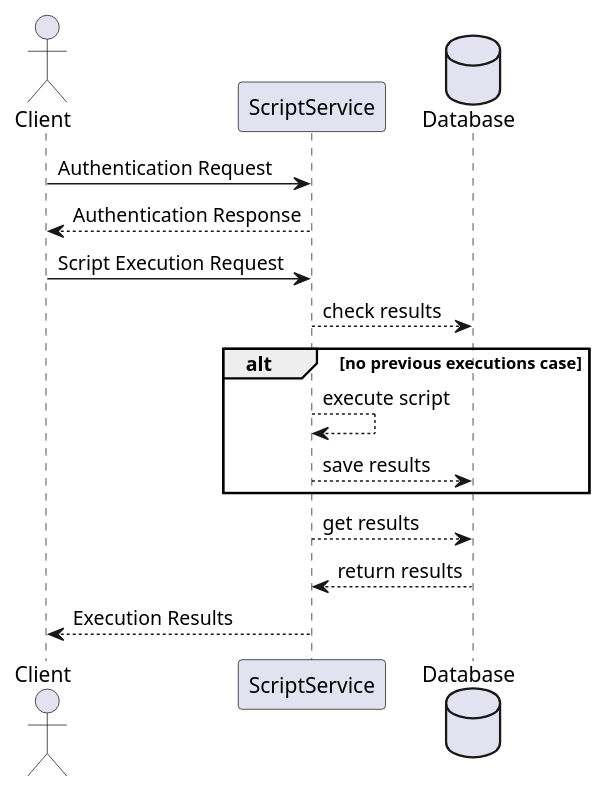
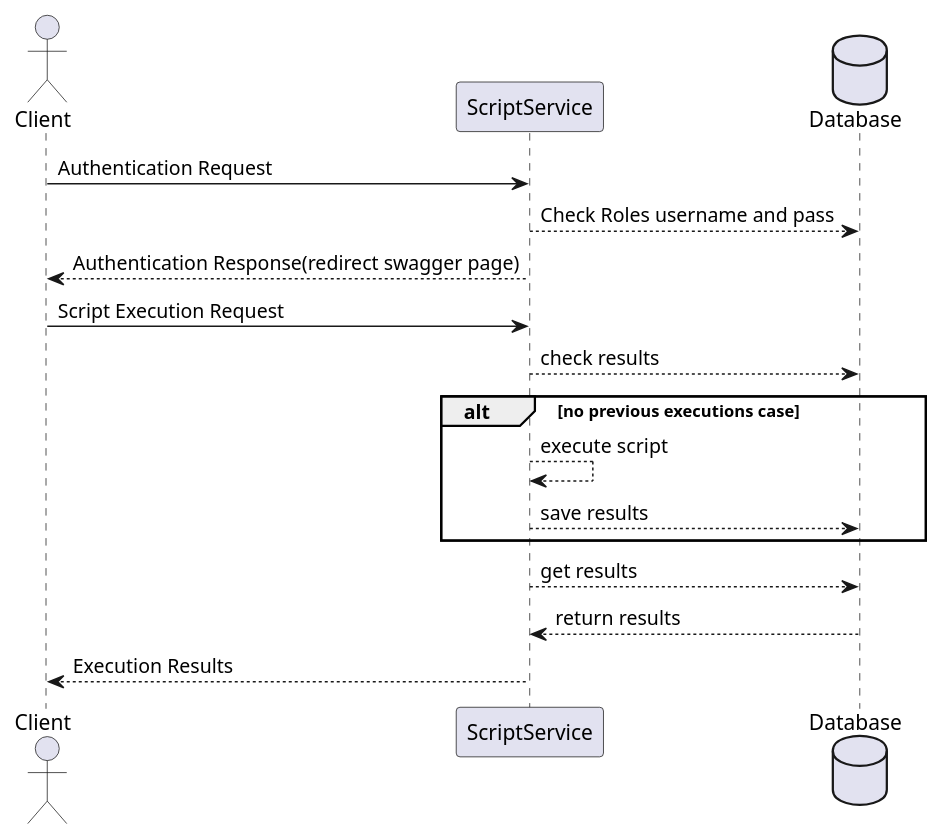
One commit to RogerMontana/script-engine-service changed the diagram in architecure/SequanceDiagram.puml. Above: the diagram before and after it, drawn with PlantUML. The commit also changed 3 other files, not shown here.

Commit message:
updated diagrams

```diff
--- a/architecure/SequanceDiagram.puml
+++ b/architecure/SequanceDiagram.puml
@@ -1,19 +1,20 @@
 @startuml
 actor Client
 database Database
 
 Client -> ScriptService: Authentication Request
-ScriptService --> Client: Authentication Response
+ScriptService --> Database: Check Roles username and pass
+ScriptService --> Client: Authentication Response(redirect swagger page)
 
 Client -> ScriptService: Script Execution Request
 ScriptService --> Database: check results
 alt no previous executions case
     ScriptService --> ScriptService: execute script
     ScriptService --> Database: save results
 end
 ScriptService --> Database: get results
 Database --> ScriptService: return results
 Client <-- ScriptService: Execution Results
 
 database Database
 @enduml
```
